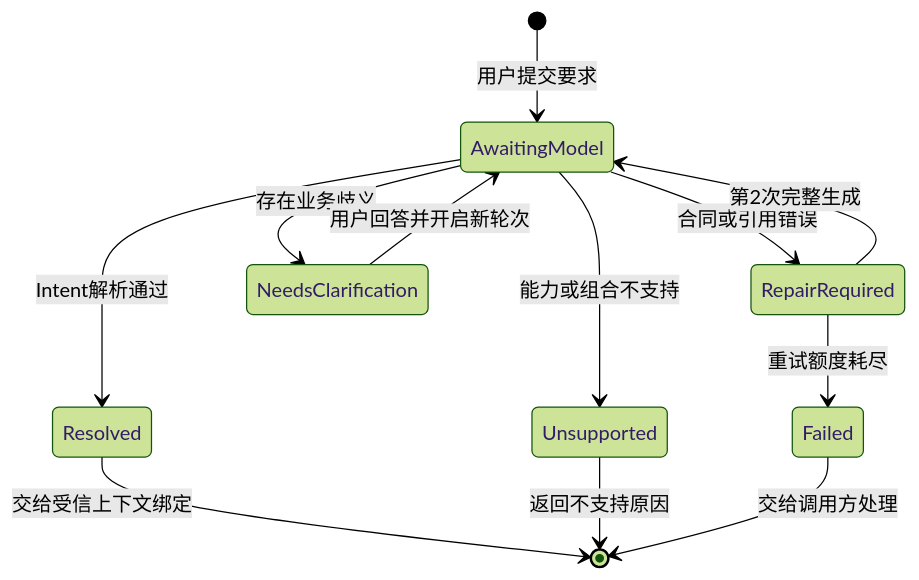
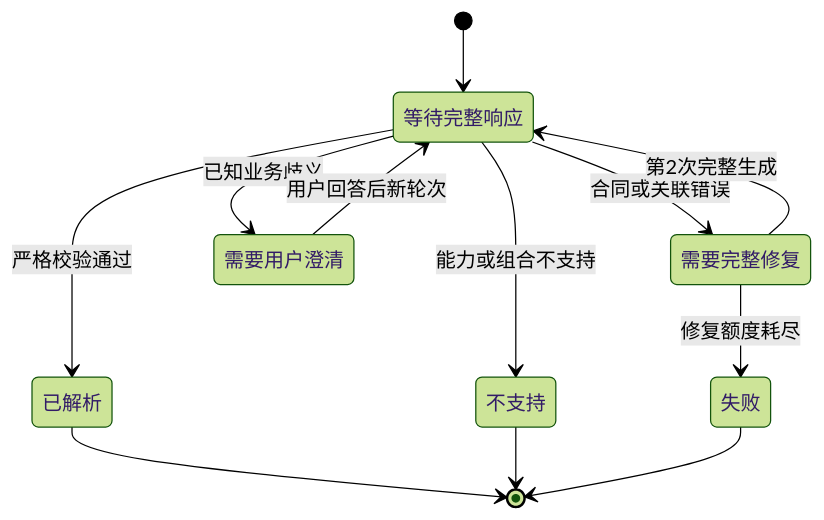
Before and after one commit to lvguima/petroleum_rto_agent: the second of 2 diagrams in docs/rto/02_垂域模型与RTO通信协议.md, drawn with Mermaid (forest theme). The commit also changed other lines of this file and 240 other files, not shown here.

````diff
--- a/docs/rto/02_垂域模型与RTO通信协议.md
+++ b/docs/rto/02_垂域模型与RTO通信协议.md
@@ -218,21 +163,24 @@
 ```mermaid
 stateDiagram-v2
-    accTitle: 意图协商状态机
-    accDescr: 从等待模型响应到修复、用户澄清、已解析、不支持或失败的有限状态转换，自动修复最多执行一次。
+    accTitle: 严格意图协商状态
+    accDescr: 一个模型响应只能进入一次完整修复、有限用户澄清、已解析、不支持或失败状态，不存在无限重试或局部修补路径。
 
-    [*] --> AwaitingModel: 用户提交要求
+    state "等待完整响应" as awaiting_response
+    state "需要完整修复" as repair_required
+    state "需要用户澄清" as needs_clarification
+    state "已解析" as resolved
+    state "不支持" as unsupported
+    state "失败" as failed
 
-    AwaitingModel --> RepairRequired: 合同或引用错误
-    RepairRequired --> AwaitingModel: 第2次完整生成
-    RepairRequired --> Failed: 重试额度耗尽
-
-    AwaitingModel --> NeedsClarification: 存在业务歧义
-    NeedsClarification --> AwaitingModel: 用户回答并开启新轮次
-
-    AwaitingModel --> Unsupported: 能力或组合不支持
-    AwaitingModel --> Resolved: Intent解析通过
-
-    Resolved --> [*]: 交给受信上下文绑定
-    Unsupported --> [*]: 返回不支持原因
-    Failed --> [*]: 交给调用方处理
+    [*] --> awaiting_response
+    awaiting_response --> repair_required: 合同或关联错误
+    repair_required --> awaiting_response: 第2次完整生成
+    repair_required --> failed: 修复额度耗尽
+    awaiting_response --> needs_clarification: 已知业务歧义
+    needs_clarification --> awaiting_response: 用户回答后新轮次
+    awaiting_response --> unsupported: 能力或组合不支持
+    awaiting_response --> resolved: 严格校验通过
+    resolved --> [*]
+    unsupported --> [*]
+    failed --> [*]
 ```
````
